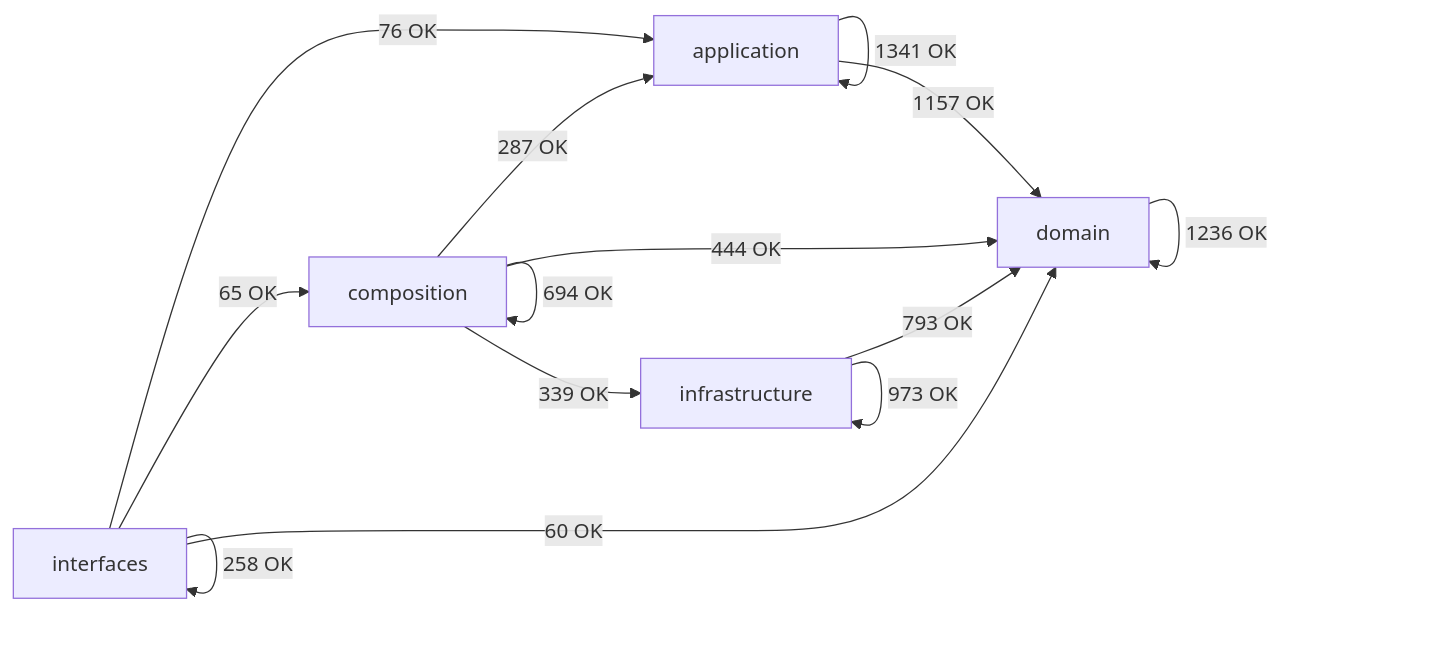
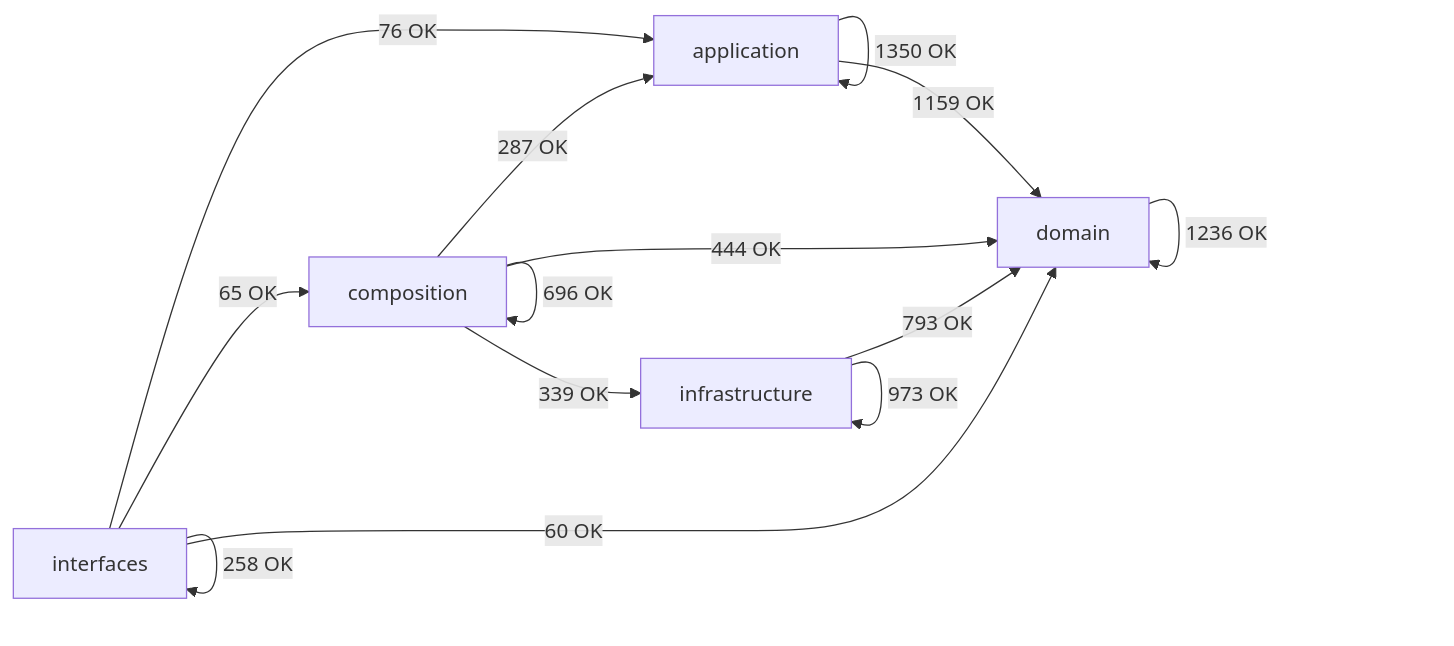
The diagram in docs/02-architecture/generated/module-dependency-map.md (SatoryKono/BioactivityDataAcquisition), drawn with Mermaid before and after one commit. The commit also changed other lines of this file and 25 other files, not shown here.

````diff
--- a/docs/02-architecture/generated/module-dependency-map.md
+++ b/docs/02-architecture/generated/module-dependency-map.md
@@ -17,21 +17,21 @@
 ```mermaid
 flowchart LR
     domain[domain]
     application[application]
     infrastructure[infrastructure]
     composition[composition]
     interfaces[interfaces]
-    application -->|1341 OK| application
-    application -->|1157 OK| domain
+    application -->|1350 OK| application
+    application -->|1159 OK| domain
     composition -->|287 OK| application
-    composition -->|694 OK| composition
+    composition -->|696 OK| composition
     composition -->|444 OK| domain
     composition -->|339 OK| infrastructure
     domain -->|1236 OK| domain
     infrastructure -->|793 OK| domain
     infrastructure -->|973 OK| infrastructure
     interfaces -->|76 OK| application
     interfaces -->|65 OK| composition
     interfaces -->|60 OK| domain
     interfaces -->|258 OK| interfaces
 ```
````
